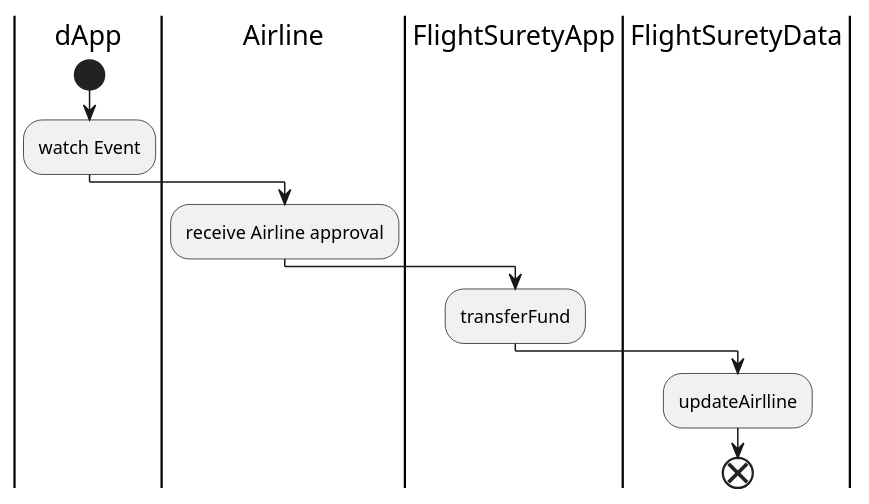
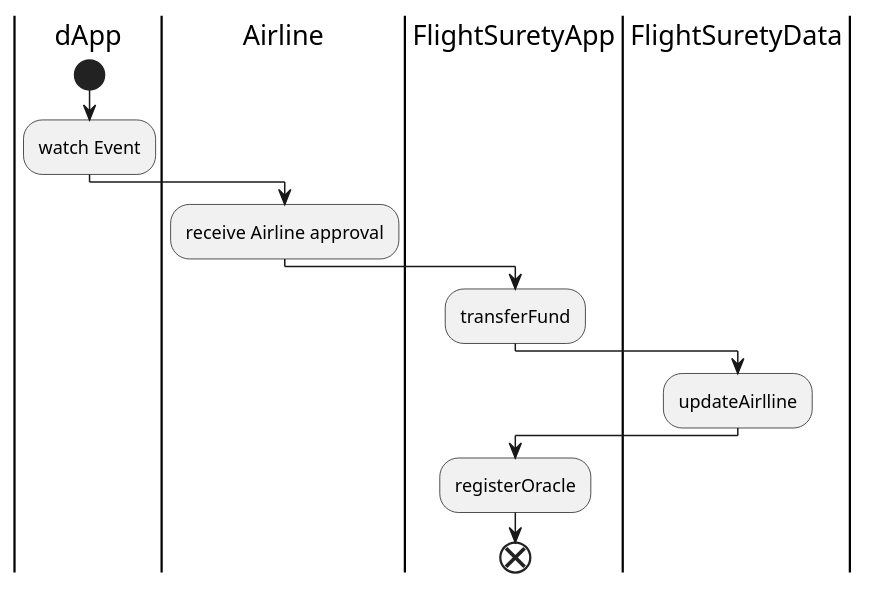
One commit to HajimeK/BlockchainDevND changed the diagram in projects/project_FlightSurety/UML/activity_transferFund.pu. Above: the diagram before and after it, drawn with PlantUML. The commit also changed 36 other files, not shown here.

```diff
--- a/projects/project_FlightSurety/UML/activity_transferFund.pu
+++ b/projects/project_FlightSurety/UML/activity_transferFund.pu
@@ -1,13 +1,16 @@
 @startuml
 |dApp|
 start
 :watch Event;
 |Airline|
 :receive Airline approval;
 |FlightSuretyApp|
 :transferFund;
 |FlightSuretyData|
 :updateAirlline;
+|FlightSuretyApp|
+:registerOracle;
+
 end
 
 @enduml
```
